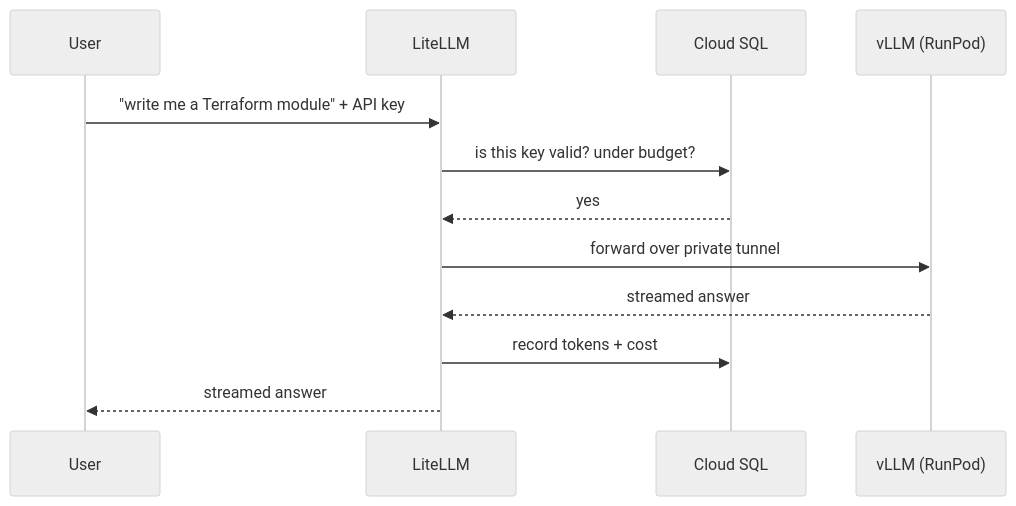
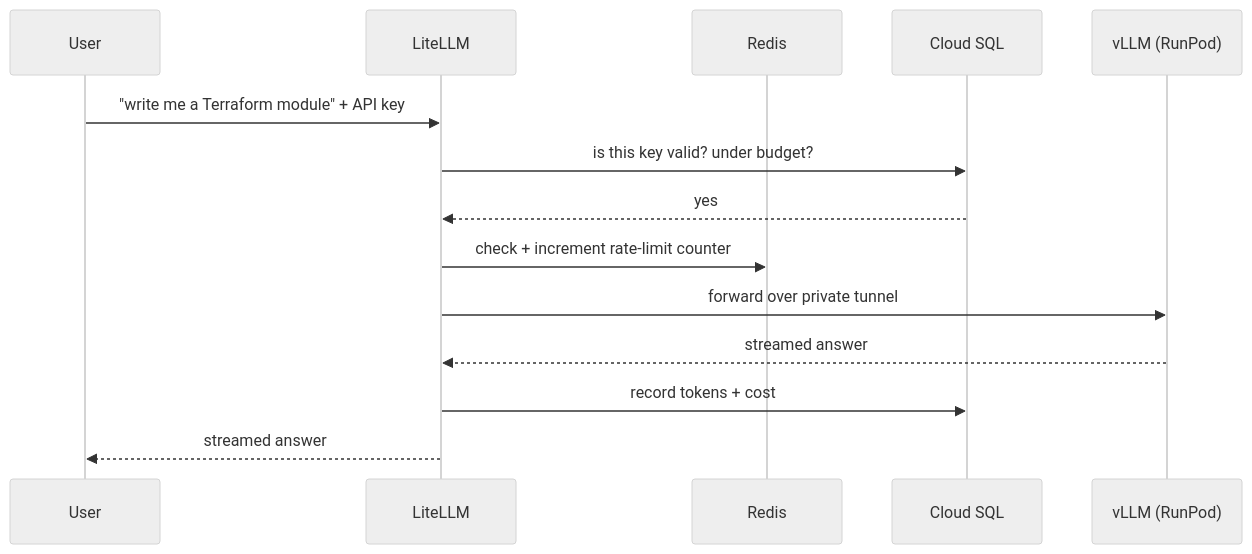
The third of 4 diagrams in terraform/README.md (zessam/terraforge-inference), drawn with Mermaid (neutral theme) before and after one commit. The commit also changed other lines of this file and 5 other files, not shown here.

````diff
--- a/terraform/README.md
+++ b/terraform/README.md
@@ -62,15 +71,17 @@
 ```mermaid
 sequenceDiagram
     participant U as User
     participant L as LiteLLM
+    participant R as Redis
     participant D as Cloud SQL
     participant V as vLLM (RunPod)
 
     U->>L: "write me a Terraform module" + API key
     L->>D: is this key valid? under budget?
     D-->>L: yes
+    L->>R: check + increment rate-limit counter
     L->>V: forward over private tunnel
     V-->>L: streamed answer
     L->>D: record tokens + cost
     L-->>U: streamed answer
 ```
````
